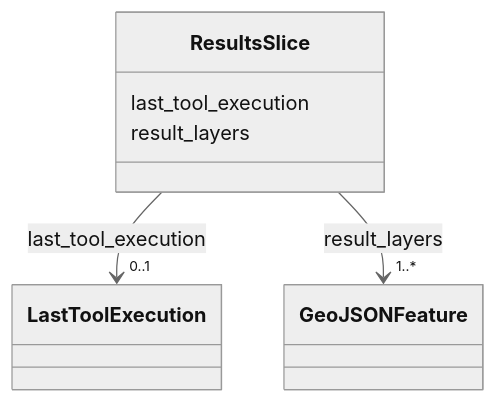
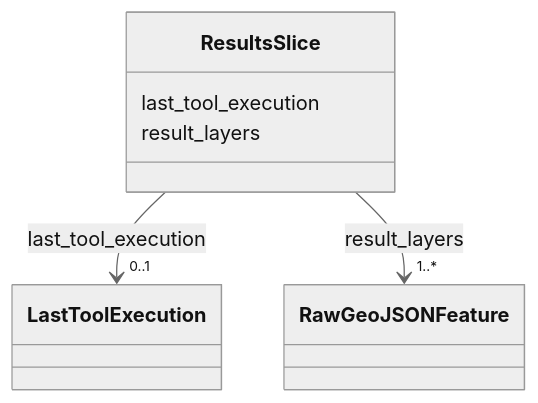
The diagram in schema-docs-md/classes/ResultsSlice.md (debrief/debrief-future), drawn with Mermaid (neutral theme) before and after one commit. The commit also changed other lines of this file and 91 other files, not shown here.

````diff
--- a/schema-docs-md/classes/ResultsSlice.md
+++ b/schema-docs-md/classes/ResultsSlice.md
@@ -21,28 +21,28 @@
 ```mermaid
  classDiagram
     class ResultsSlice
     click ResultsSlice href "../../classes/ResultsSlice/"
       ResultsSlice : last_tool_execution
         
           
     
         
         
         ResultsSlice --> "0..1" LastToolExecution : last_tool_execution
         click LastToolExecution href "../../classes/LastToolExecution/"
     
 
         
       ResultsSlice : result_layers
         
           
     
         
         
-        ResultsSlice --> "1..*" GeoJSONFeature : result_layers
-        click GeoJSONFeature href "../../classes/GeoJSONFeature/"
+        ResultsSlice --> "1..*" RawGeoJSONFeature : result_layers
+        click RawGeoJSONFeature href "../../classes/RawGeoJSONFeature/"
     
 
         
       
 ```
````
